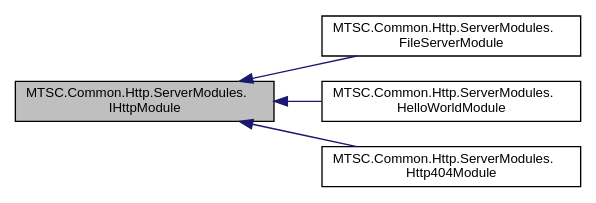
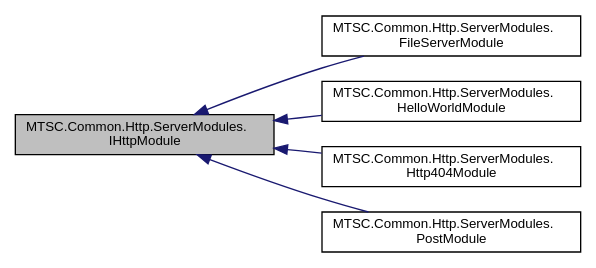
Before and after one commit to AlexMacocian/MTSC: the diagram in docs/d3/dbe/interface_m_t_s_c_1_1_common_1_1_http_1_1_server_modules_1_1_i_http_module__inherit__graph.dot, drawn with Graphviz. The commit also changed 348 other files, not shown here.

```diff
--- a/docs/d3/dbe/interface_m_t_s_c_1_1_common_1_1_http_1_1_server_modules_1_1_i_http_module__inherit__graph.dot
+++ b/docs/d3/dbe/interface_m_t_s_c_1_1_common_1_1_http_1_1_server_modules_1_1_i_http_module__inherit__graph.dot
@@ -1,14 +1,16 @@
 digraph "MTSC.Common.Http.ServerModules.IHttpModule"
 {
  // LATEX_PDF_SIZE
   edge [fontname="Helvetica",fontsize="10",labelfontname="Helvetica",labelfontsize="10"];
   node [fontname="Helvetica",fontsize="10",shape=record];
   rankdir="LR";
   Node0 [label="MTSC.Common.Http.ServerModules.\lIHttpModule",height=0.2,width=0.4,color="black", fillcolor="grey75", style="filled", fontcolor="black",tooltip="Interface for Http modules used by the server http handler."];
   Node0 -> Node1 [dir="back",color="midnightblue",fontsize="10",style="solid",fontname="Helvetica"];
   Node1 [label="MTSC.Common.Http.ServerModules.\lFileServerModule",height=0.2,width=0.4,color="black", fillcolor="white", style="filled",URL="$d8/d56/class_m_t_s_c_1_1_common_1_1_http_1_1_server_modules_1_1_file_server_module.html",tooltip=" "];
   Node0 -> Node2 [dir="back",color="midnightblue",fontsize="10",style="solid",fontname="Helvetica"];
   Node2 [label="MTSC.Common.Http.ServerModules.\lHelloWorldModule",height=0.2,width=0.4,color="black", fillcolor="white", style="filled",URL="$d6/d98/class_m_t_s_c_1_1_common_1_1_http_1_1_server_modules_1_1_hello_world_module.html",tooltip=" "];
   Node0 -> Node3 [dir="back",color="midnightblue",fontsize="10",style="solid",fontname="Helvetica"];
   Node3 [label="MTSC.Common.Http.ServerModules.\lHttp404Module",height=0.2,width=0.4,color="black", fillcolor="white", style="filled",URL="$dc/dd3/class_m_t_s_c_1_1_common_1_1_http_1_1_server_modules_1_1_http404_module.html",tooltip="Simple module that returns status code 404."];
+  Node0 -> Node4 [dir="back",color="midnightblue",fontsize="10",style="solid",fontname="Helvetica"];
+  Node4 [label="MTSC.Common.Http.ServerModules.\lPostModule",height=0.2,width=0.4,color="black", fillcolor="white", style="filled",URL="$d0/d69/class_m_t_s_c_1_1_common_1_1_http_1_1_server_modules_1_1_post_module.html",tooltip=" "];
 }
```
